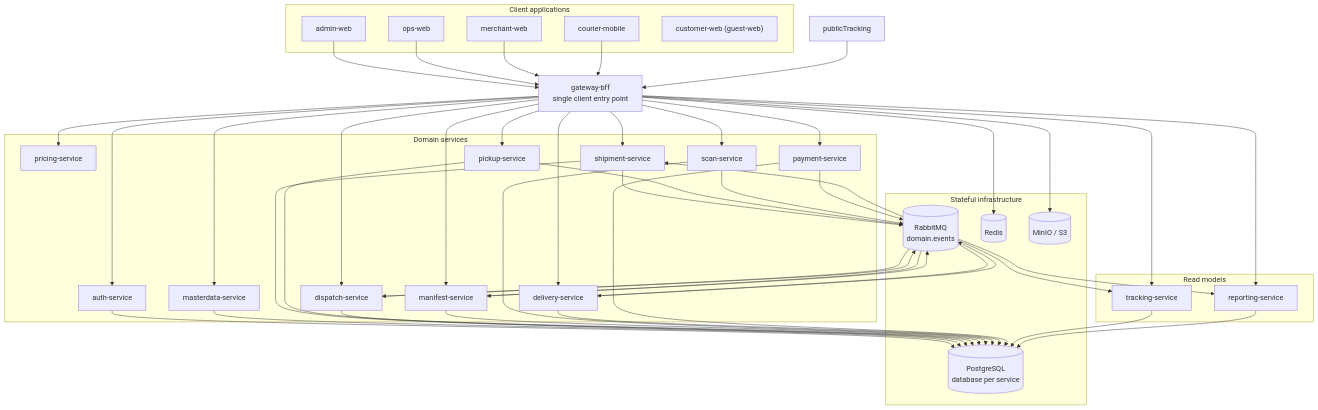
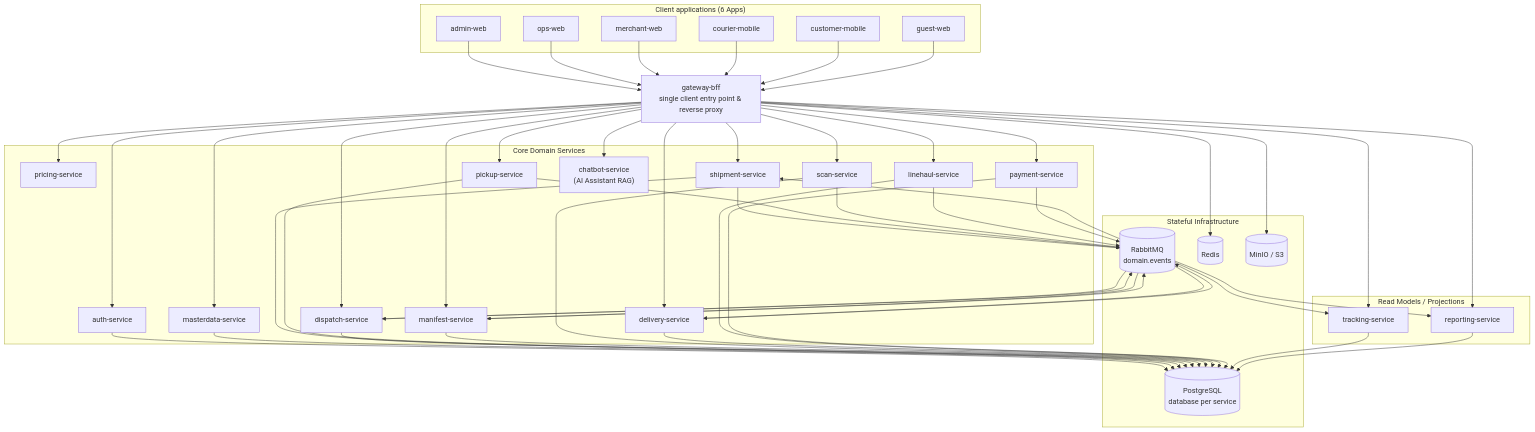
The second of 4 diagrams in README.md (VoVanTuTai/logistics-management-system), drawn with Mermaid before and after one commit. The commit also changed other lines of this file and 4 other files, not shown here.

Commit message:
docs: optimize system architecture and core business workflow specifications

````diff
--- a/README.md
+++ b/README.md
@@ -100,16 +106,17 @@
 ```mermaid
 flowchart TB
-    subgraph clients["Client applications"]
+    subgraph clients["Client applications (6 Apps)"]
         admin["admin-web"]
         ops["ops-web"]
         merchantWeb["merchant-web"]
         courier["courier-mobile"]
-        customerWeb["customer-web (guest-web)"]
+        customerMobile["customer-mobile"]
+        customerWeb["guest-web"]
     end
 
-    gateway["gateway-bff<br/>single client entry point"]
+    gateway["gateway-bff<br/>single client entry point & reverse proxy"]
 
-    subgraph services["Domain services"]
+    subgraph services["Core Domain Services"]
         auth["auth-service"]
         masterdata["masterdata-service"]
         pricing["pricing-service"]
@@ -119,15 +126,17 @@
         manifest["manifest-service"]
         scan["scan-service"]
         delivery["delivery-service"]
+        linehaul["linehaul-service"]
         payment["payment-service"]
+        chatbot["chatbot-service<br/>(AI Assistant RAG)"]
     end
 
-    subgraph readmodels["Read models"]
+    subgraph readmodels["Read Models / Projections"]
         tracking["tracking-service"]
         reporting["reporting-service"]
     end
 
-    subgraph infra["Stateful infrastructure"]
+    subgraph infra["Stateful Infrastructure"]
         postgres[("PostgreSQL<br/>database per service")]
         rabbit[("RabbitMQ<br/>domain.events")]
         redis[("Redis")]
@@ -138,7 +147,8 @@
     ops --> gateway
     merchantWeb --> gateway
     courier --> gateway
-    publicTracking --> gateway
+    customerMobile --> gateway
+    customerWeb --> gateway
 
     gateway --> auth
     gateway --> masterdata
@@ -149,7 +159,9 @@
     gateway --> manifest
     gateway --> scan
     gateway --> delivery
+    gateway --> linehaul
     gateway --> payment
+    gateway --> chatbot
     gateway --> tracking
     gateway --> reporting
 
@@ -161,6 +173,7 @@
     manifest --> postgres
     scan --> postgres
     delivery --> postgres
+    linehaul --> postgres
     payment --> postgres
     tracking --> postgres
     reporting --> postgres
@@ -173,6 +186,7 @@
     manifest --> rabbit
     scan --> rabbit
     delivery --> rabbit
+    linehaul --> rabbit
     payment --> rabbit
 
     rabbit --> shipment
````
